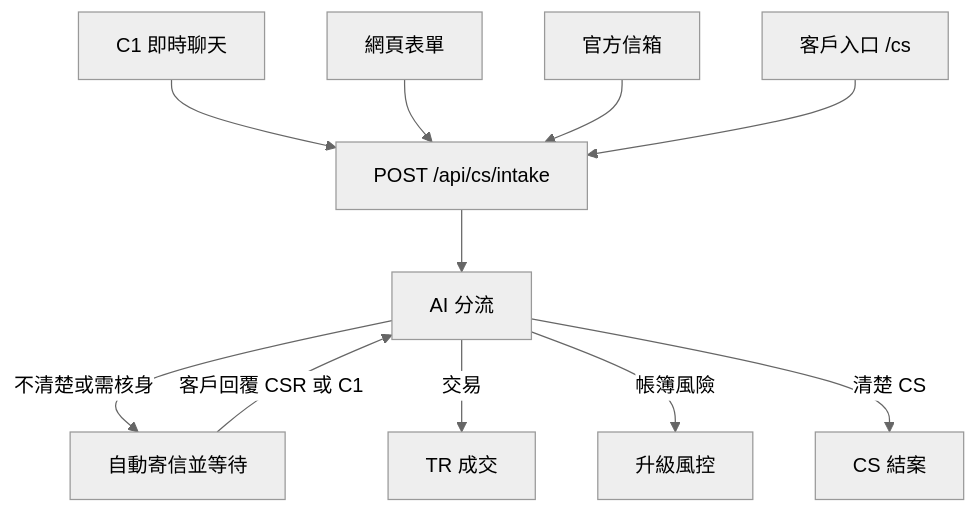
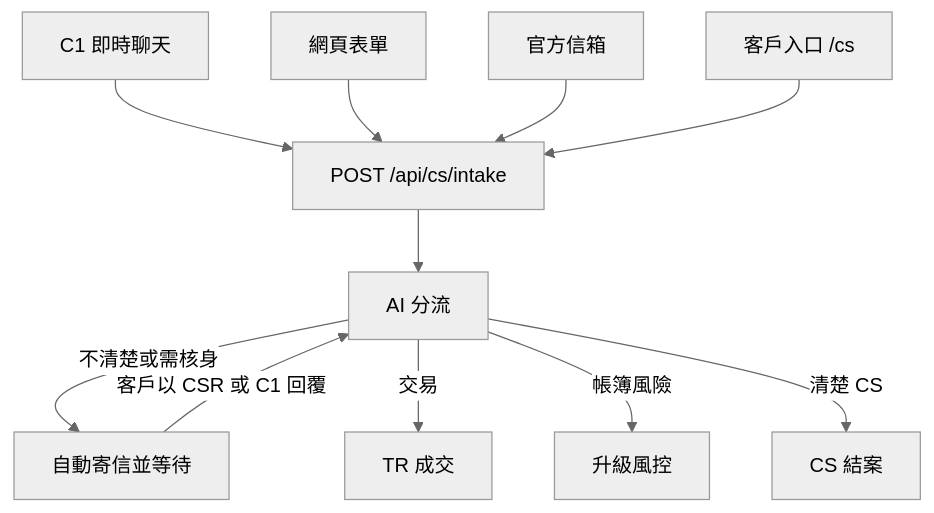
Before and after one commit to hxyan2020/PRD: diagram 12 of 14 in platform/docs/USER_GUIDE.zh-Hant.md, drawn with Mermaid (neutral theme). The commit also changed other lines of this file and 35 other files, not shown here.

````diff
--- a/platform/docs/USER_GUIDE.zh-Hant.md
+++ b/platform/docs/USER_GUIDE.zh-Hant.md
@@ -652,13 +655,13 @@
 ```mermaid
 graph TD
   C1[C1 即時聊天] --> Intake[POST /api/cs/intake]
   Form[網頁表單] --> Intake
   Mail[官方信箱] --> Intake
   Portal[客戶入口 /cs] --> Intake
   Intake --> AI[AI 分流]
   AI -->|不清楚或需核身| Wait[自動寄信並等待]
-  Wait -->|客戶回覆 CSR 或 C1| AI
+  Wait -->|客戶以 CSR 或 C1 回覆| AI
   AI -->|交易| TR[TR 成交]
   AI -->|帳簿風險| Risk[升級風控]
   AI -->|清楚 CS| Done[CS 結案]
 ```
````
